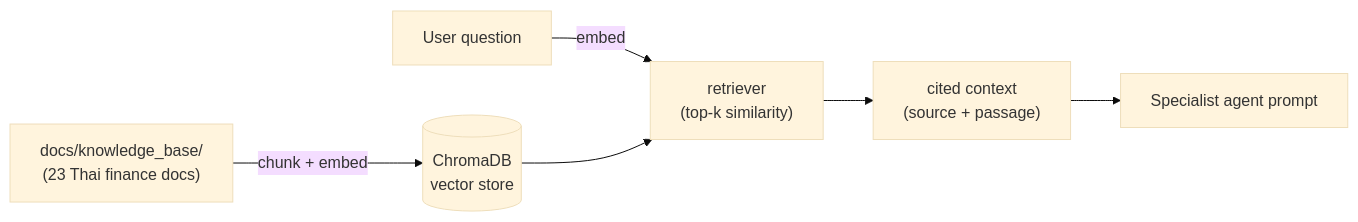
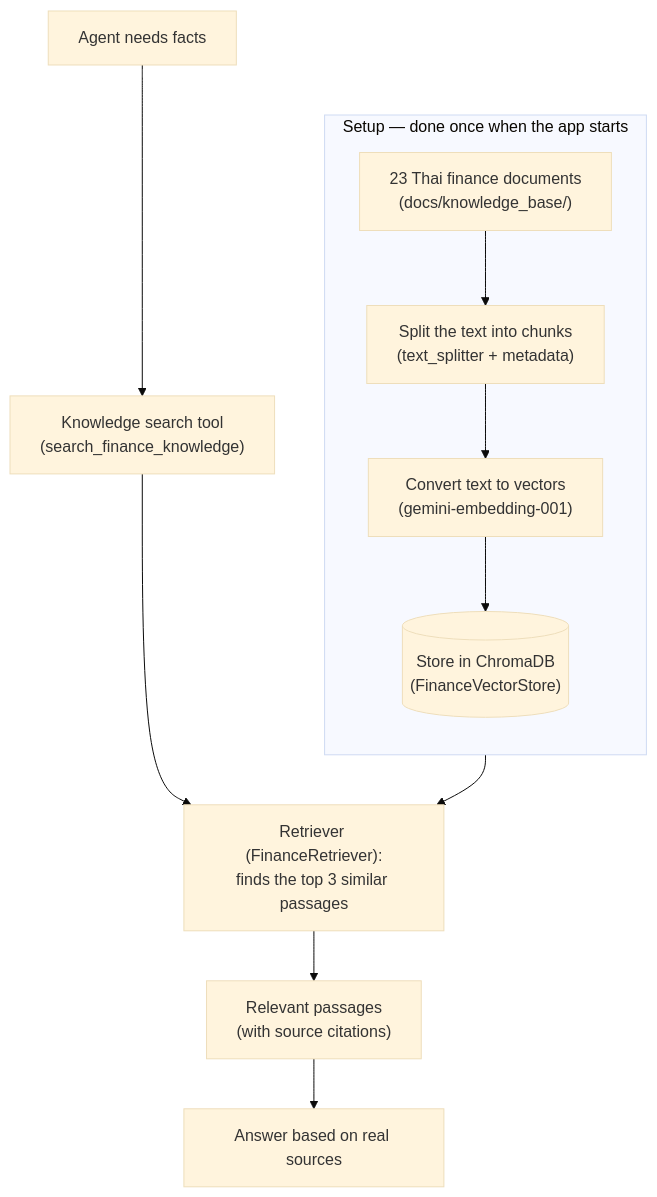
Diagram 11 of 23 in docs/diagrams.md (pakkaphon-tangtonglang/agenticaiforpersonalfinance), drawn with Mermaid (base theme) before and after one commit. The commit also changed other lines of this file, not shown here.

Commit message:
docs(diagrams): human-readable labels with technical terms kept; recover scrambled sections

````diff
--- a/docs/diagrams.md
+++ b/docs/diagrams.md
@@ -145,8 +307,14 @@
 ```mermaid
-flowchart LR
-    DOC["docs/knowledge_base/<br/>(23 Thai finance docs)"] -->|chunk + embed| CHROMA[("ChromaDB<br/>vector store")]
-    Q["User question"] -->|embed| RET["retriever<br/>(top-k similarity)"]
-    CHROMA --> RET
-    RET --> CTX["cited context<br/>(source + passage)"]
-    CTX --> AGENT["Specialist agent prompt"]
+flowchart TB
+    subgraph ingest["Setup — done once when the app starts"]
+        direction TB
+        DOC["23 Thai finance documents<br/>(docs/knowledge_base/)"] --> SPLIT["Split the text into chunks<br/>(text_splitter + metadata)"]
+        SPLIT --> EMB["Convert text to vectors<br/>(gemini-embedding-001)"]
+        EMB --> CH[("Store in ChromaDB<br/>(FinanceVectorStore)")]
+    end
+    Q["Agent needs facts"] --> RAGT["Knowledge search tool<br/>(search_finance_knowledge)"]
+    CH --> RET["Retriever (FinanceRetriever):<br/>finds the top 3 similar passages"]
+    RAGT --> RET
+    RET --> CTX["Relevant passages<br/>(with source citations)"]
+    CTX --> ANS["Answer based on real sources"]
 ```
````
